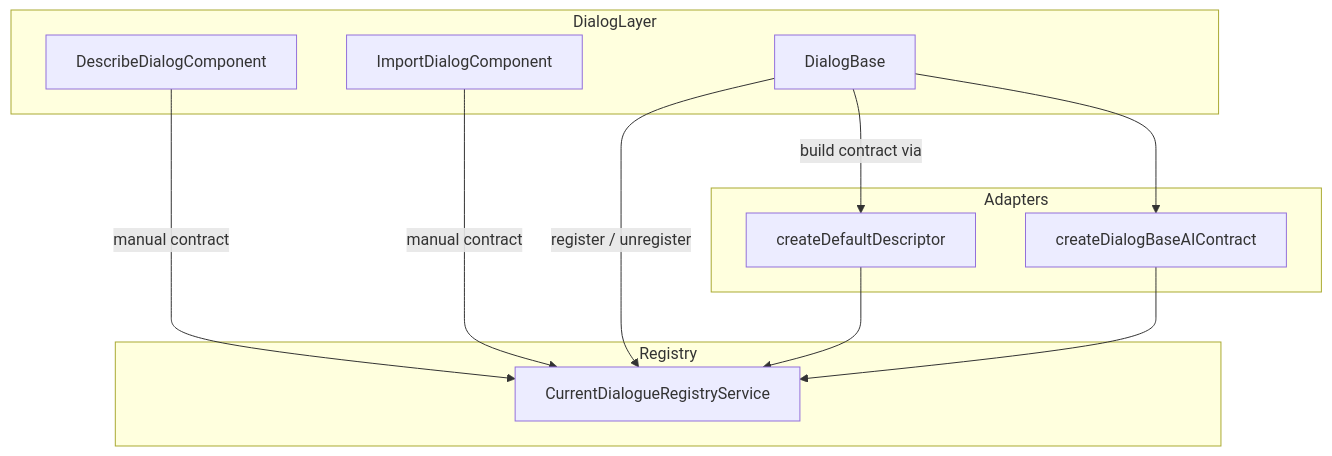
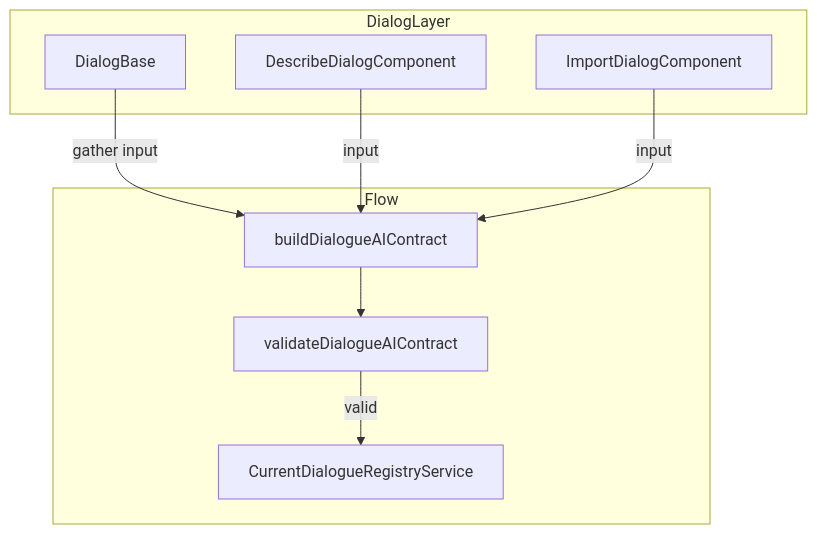
Before and after one commit to kisinga/R-Instat: the second of 3 diagrams in electron-app/src/app/core/ai/docs/ai-integration.md, drawn with Mermaid. The commit also changed other lines of this file and 58 other files, not shown here.

````diff
--- a/electron-app/src/app/core/ai/docs/ai-integration.md
+++ b/electron-app/src/app/core/ai/docs/ai-integration.md
@@ -63,22 +63,18 @@
 ```mermaid
 flowchart TB
   subgraph DialogLayer
     DB[DialogBase]
     Desc[DescribeDialogComponent]
     Imp[ImportDialogComponent]
   end
-  subgraph Adapters
-    A1[createDefaultDescriptor]
-    A2[createDialogBaseAIContract]
-  end
-  subgraph Registry
+  subgraph Flow
+    Build[buildDialogueAIContract]
+    Validate[validateDialogueAIContract]
     Reg[CurrentDialogueRegistryService]
   end
-  DB -->|"build contract via"| A1
-  DB --> A2
-  Desc -->|"manual contract"| Reg
-  Imp -->|"manual contract"| Reg
-  DB -->|"register / unregister"| Reg
-  A1 --> Reg
-  A2 --> Reg
+  DB -->|gather input| Build
+  Desc -->|input| Build
+  Imp -->|input| Build
+  Build --> Validate
+  Validate -->|valid| Reg
 ```
````
